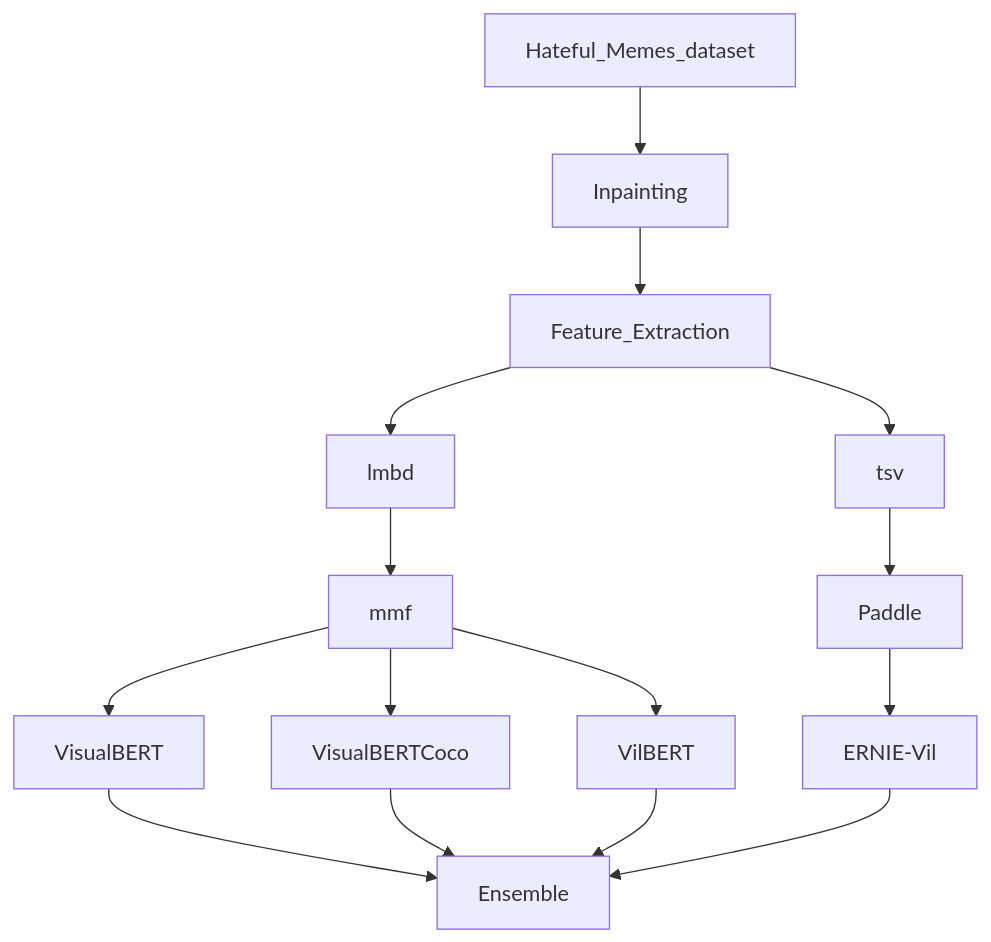
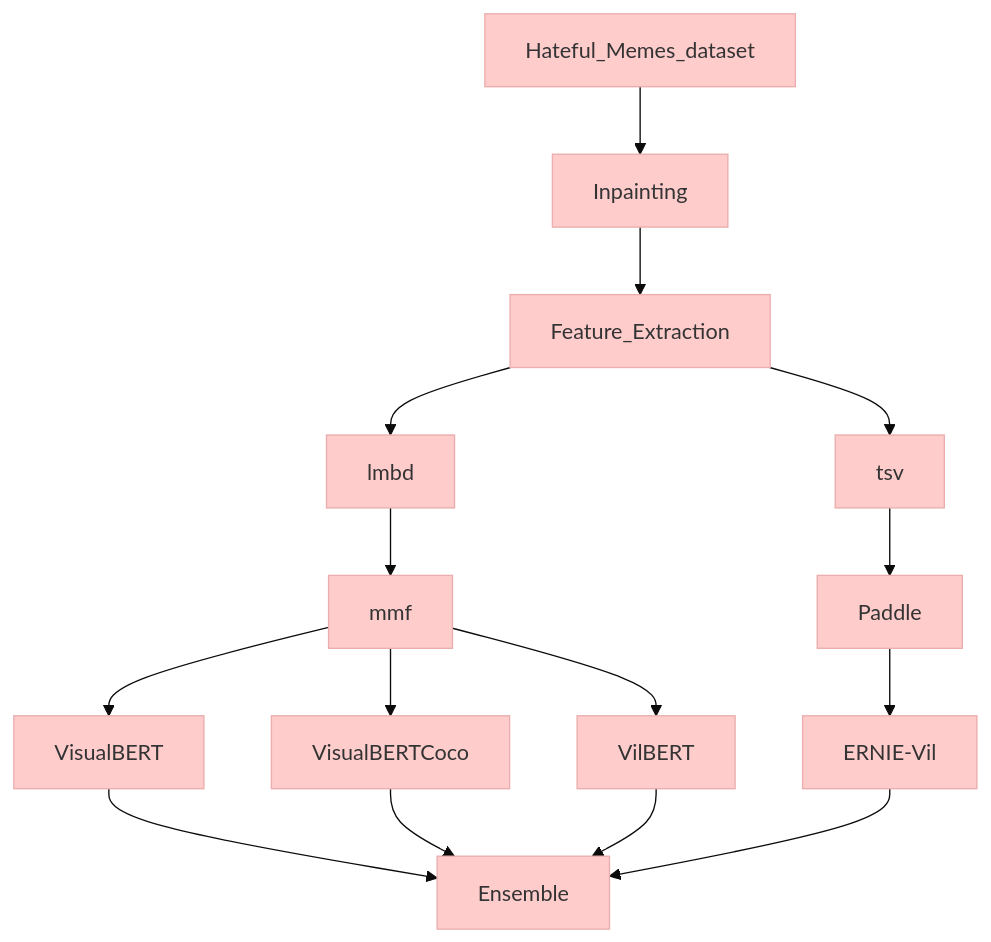
The diagram in README.md (JanLeyva/approach_TFM), drawn with Mermaid before and after one commit. The commit also changed other lines of this file, not shown here.

````diff
--- a/README.md
+++ b/README.md
@@ -8,17 +8,18 @@
 ```mermaid
+%%{init: {'theme': 'base', 'themeVariables': { 'primaryColor': '#ffcccc', 'edgeLabelBackground':'#ffffee', 'tertiaryColor': '#fff0f0'}}}%%
   graph TD;
       Hateful_Memes_dataset-->Inpainting;
       Inpainting-->Feature_Extraction
       Feature_Extraction-->lmbd;
       Feature_Extraction-->tsv;
       tsv-->Paddle;
       Paddle-->ERNIE-Vil;
       lmbd-->mmf;
       mmf-->VisualBERT;
 	  mmf-->VisualBERTCoco;
       mmf-->VilBERT;
       VisualBERT-->Ensemble;
       VisualBERTCoco-->Ensemble;
       VilBERT-->Ensemble;
       ERNIE-Vil-->Ensemble;
 ```
````
